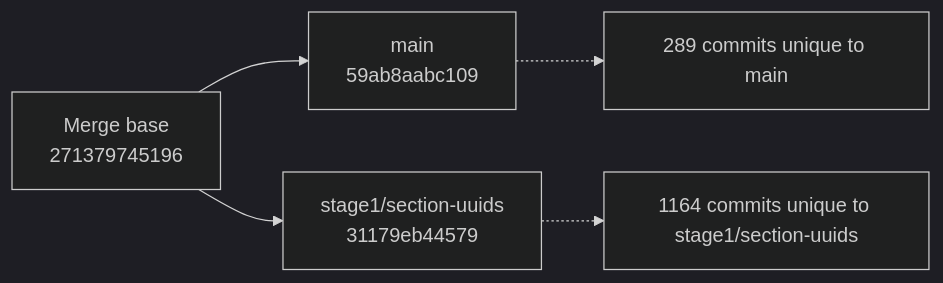
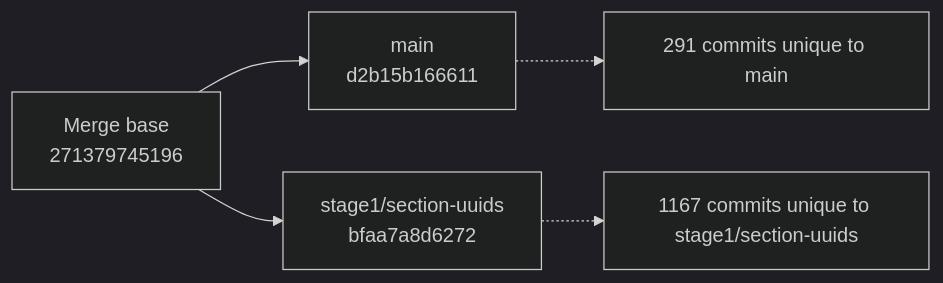
One commit to snoopdock/Finite_element_analysis_project changed the diagram in branch-graphify-results/latest/git-lineage.mmd. Above: the diagram before and after it, drawn with Mermaid (dark theme). The commit also changed 12 other files, not shown here.

Commit message:
Update Graphify branch analysis [skip ci]

```diff
--- a/branch-graphify-results/latest/git-lineage.mmd
+++ b/branch-graphify-results/latest/git-lineage.mmd
@@ -1,10 +1,10 @@
 flowchart LR
   MB["Merge base<br/>271379745196"]
-  B["main<br/>59ab8aabc109"]
-  C["stage1/section-uuids<br/>31179eb44579"]
+  B["main<br/>d2b15b166611"]
+  C["stage1/section-uuids<br/>bfaa7a8d6272"]
   MB --> B
   MB --> C
-  B_note["289 commits unique to main"]
-  C_note["1164 commits unique to stage1/section-uuids"]
+  B_note["291 commits unique to main"]
+  C_note["1167 commits unique to stage1/section-uuids"]
   B -.-> B_note
   C -.-> C_note
```
